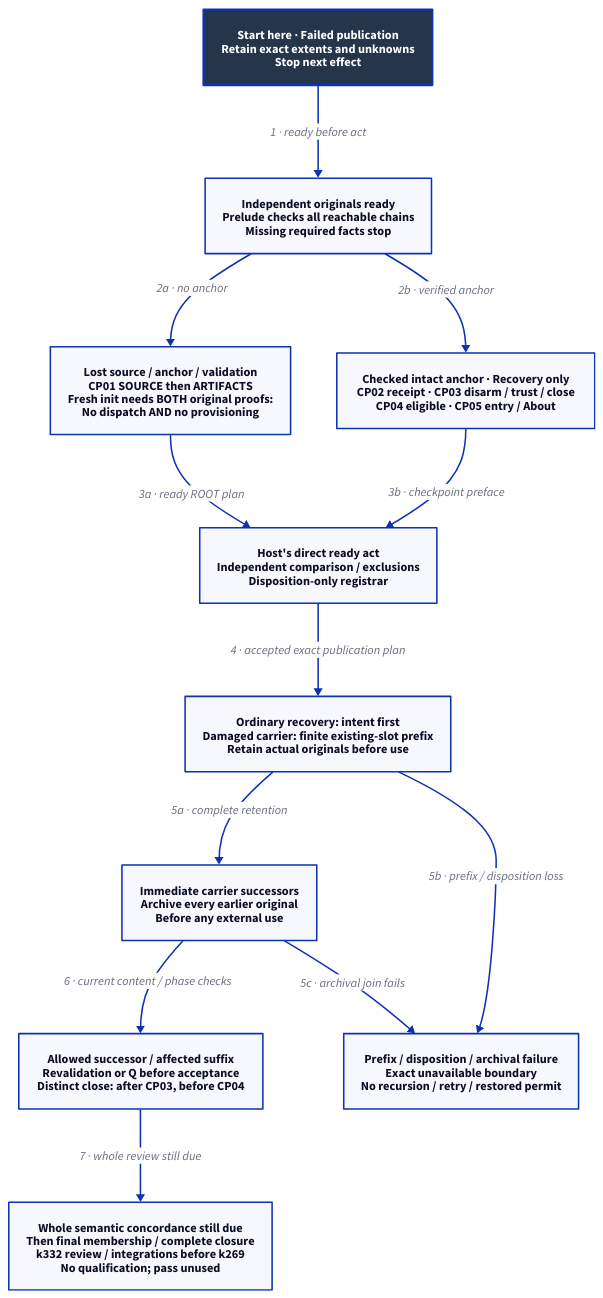
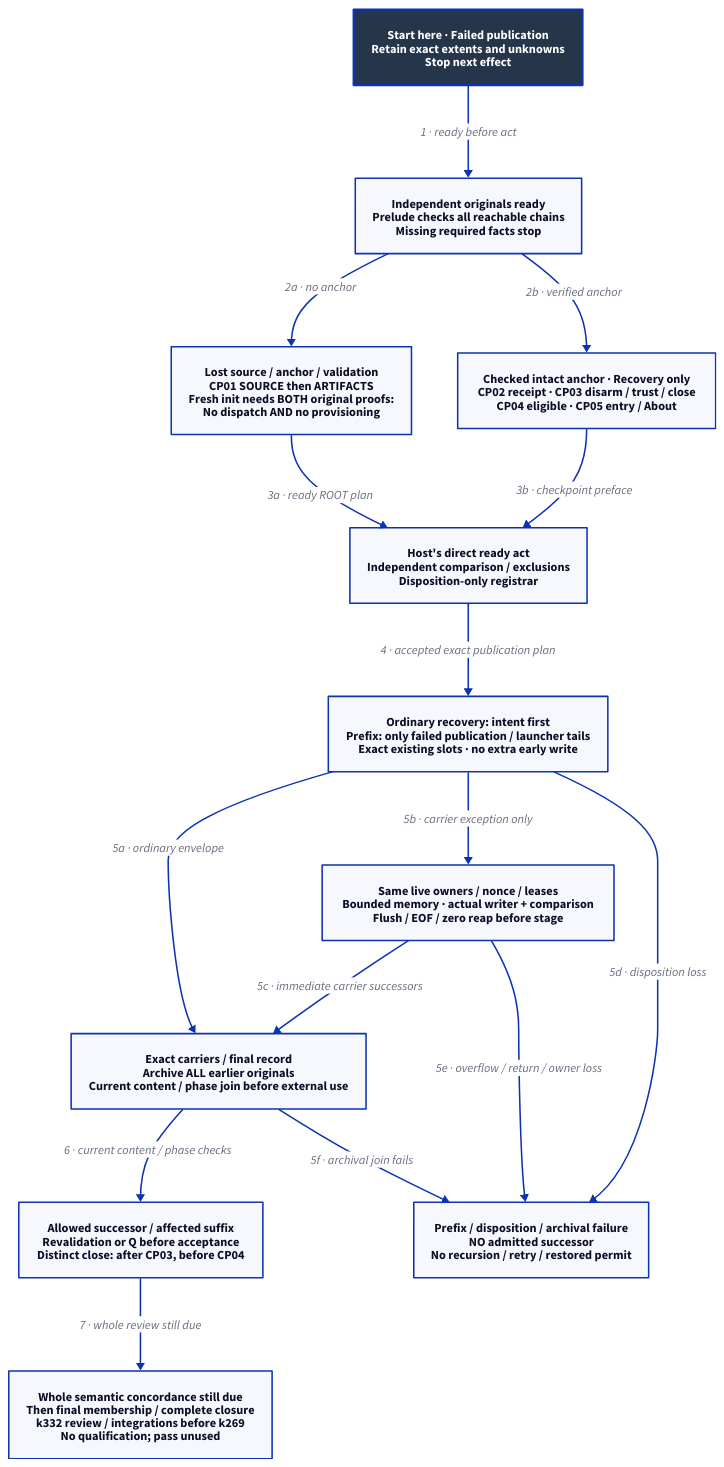
The diagram in docs/design/architecture/native-reference-admission.d2 (Linkuistics/Koine), drawn with D2 before and after one commit. The commit also changed 11 other files, not shown here.

Commit message:
Concord publication and hosted recovery consumers (reference-evidence-publication-recovery-concordance-k346)

```diff
--- a/docs/design/architecture/native-reference-admission.d2
+++ b/docs/design/architecture/native-reference-admission.d2
@@ -1,26 +1,30 @@
 # Hosted recovery design; whole k336 reconciliation and k332 review precede use.
 direction: down
 classes: {
   start: {style: {fill: "#25364B"; font-color: "#FFFFFF"; bold: true; stroke-width: 3}}
 }
 Start: "Start here · Failed publication\nRetain exact extents and unknowns\nStop next effect" {class: start}
 Root: "Independent originals ready\nPrelude checks all reachable chains\nMissing required facts stop"
 Source: "Lost source / anchor / validation\nCP01 SOURCE then ARTIFACTS\nFresh init needs BOTH original proofs:\nNo dispatch AND no provisioning"
 Intact: "Checked intact anchor · Recovery only\nCP02 receipt · CP03 disarm / trust / close\nCP04 eligible · CP05 entry / About"
 Act: "Host's direct ready act\nIndependent comparison / exclusions\nDisposition-only registrar"
-Prefix: "Ordinary recovery: intent first\nDamaged carrier: finite existing-slot prefix\nRetain actual originals before use"
-Join: "Immediate carrier successors\nArchive every earlier original\nBefore any external use"
+Prefix: "Ordinary recovery: intent first\nPrefix: only failed publication / launcher tails\nExact existing slots · no extra early write"
+Memory: "Same live owners / nonce / leases\nBounded memory · actual writer + comparison\nFlush / EOF / zero reap before stage"
+Join: "Exact carriers / final record\nArchive ALL earlier originals\nCurrent content / phase join before external use"
 Next: "Allowed successor / affected suffix\nRevalidation or Q before acceptance\nDistinct close: after CP03, before CP04"
-Stop: "Prefix / disposition / archival failure\nExact unavailable boundary\nNo recursion / retry / restored permit"
+Stop: "Prefix / disposition / archival failure\nNO admitted successor\nNo recursion / retry / restored permit"
 Whole: "Whole semantic concordance still due\nThen final membership / complete closure\nk332 review / integrations before k269\nNo qualification; pass unused"
 Start -> Root: "1 · ready before act"
 Root -> Source: "2a · no anchor"
 Root -> Intact: "2b · verified anchor"
 Source -> Act: "3a · ready ROOT plan"
 Intact -> Act: "3b · checkpoint preface"
 Act -> Prefix: "4 · accepted exact publication plan"
-Prefix -> Join: "5a · complete retention"
+Prefix -> Join: "5a · ordinary envelope"
+Prefix -> Memory: "5b · carrier exception only"
+Memory -> Join: "5c · immediate carrier successors"
 Join -> Next: "6 · current content / phase checks"
 Next -> Whole: "7 · whole review still due"
-Prefix -> Stop: "5b · prefix / disposition loss"
-Join -> Stop: "5c · archival join fails"
+Prefix -> Stop: "5d · disposition loss"
+Memory -> Stop: "5e · overflow / return / owner loss"
+Join -> Stop: "5f · archival join fails"
```
